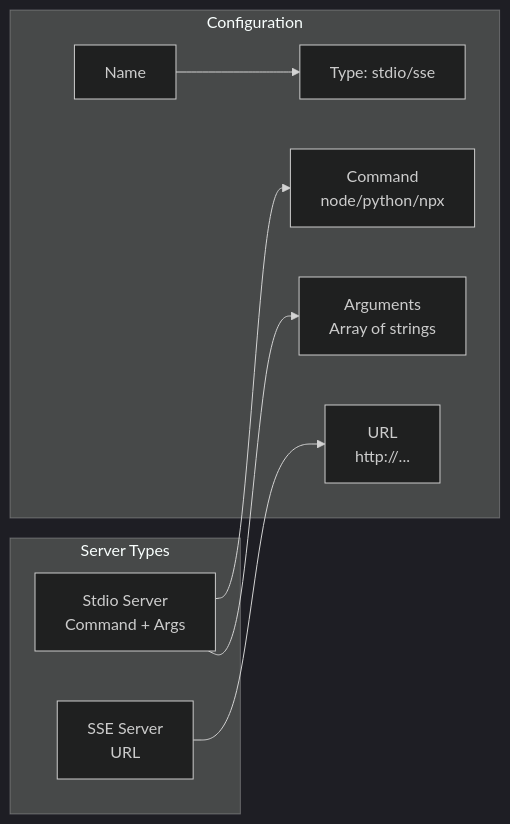
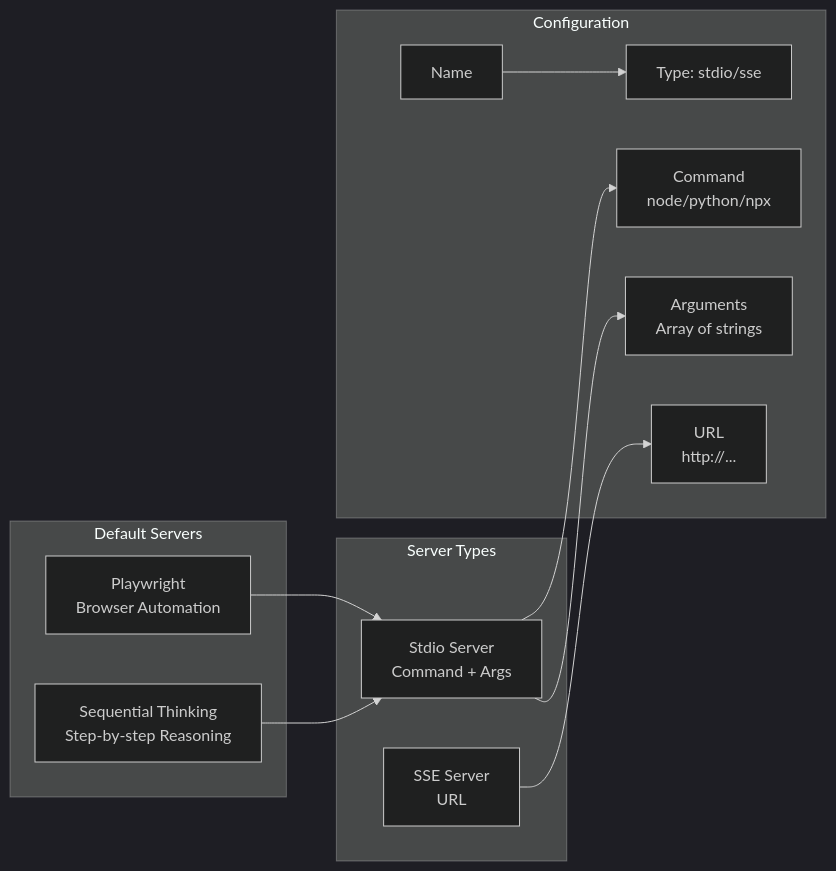
Before and after one commit to meharajM/ai-worker.app: diagram 13 of 22 in architecture.md, drawn with Mermaid (dark theme). The commit also changed other lines of this file and 1 other file, not shown here.

````diff
--- a/architecture.md
+++ b/architecture.md
@@ -411,20 +453,27 @@
 ```mermaid
 graph LR
     subgraph "Server Types"
         Stdio[Stdio Server<br/>Command + Args]
         SSE[SSE Server<br/>URL]
     end
-    
+
     subgraph "Configuration"
         Name[Name]
         Type[Type: stdio/sse]
         Command[Command<br/>node/python/npx]
         Args[Arguments<br/>Array of strings]
         URL[URL<br/>http://...]
     end
-    
+
+    subgraph "Default Servers"
+        Playwright[Playwright<br/>Browser Automation]
+        SequentialThinking[Sequential Thinking<br/>Step-by-step Reasoning]
+    end
+
     Stdio --> Command
     Stdio --> Args
     SSE --> URL
     Name --> Type
+    Playwright --> Stdio
+    SequentialThinking --> Stdio
 ```
````
